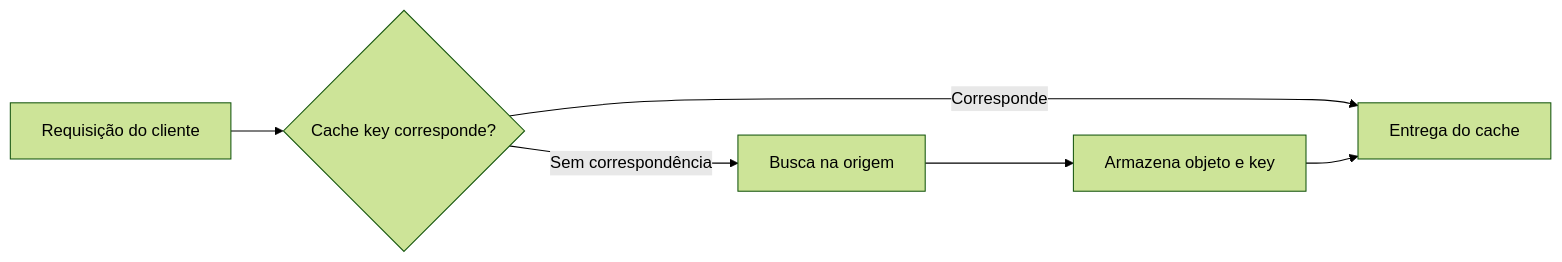
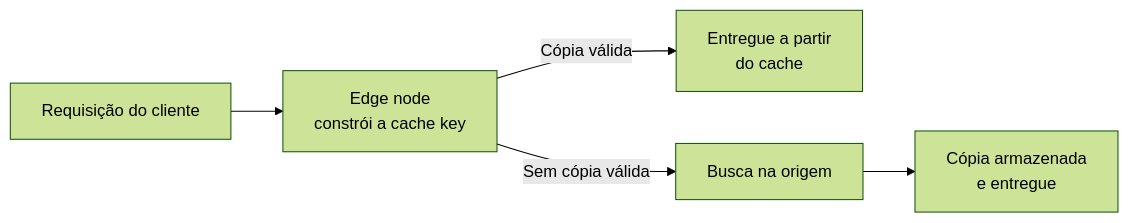
Before and after one commit to souzavinny/azion-docs: the first of 5 diagrams in src/content/docs/pt-br/pages/menu-principal/referencia/build/edge-application/cache-how-it-works.mdx, drawn with Mermaid (forest theme). The commit also changed other lines of this file and 18 other files, not shown here.

````diff
--- a/src/content/docs/pt-br/pages/menu-principal/referencia/build/edge-application/cache-how-it-works.mdx
+++ b/src/content/docs/pt-br/pages/menu-principal/referencia/build/edge-application/cache-how-it-works.mdx
@@ -22,8 +22,7 @@
 ```mermaid
 flowchart LR
-  A[Requisição do cliente] --> B{Cache key corresponde?}
-  B -- Corresponde --> C[Entrega do cache]
-  B -- Sem correspondência --> D[Busca na origem]
-  D --> E[Armazena objeto e key]
-  E --> C
+  A[Requisição do cliente] --> B[Edge node<br/>constrói a cache key]
+  B -->|Cópia válida| C[Entregue a partir<br/>do cache]
+  B -->|Sem cópia válida| D[Busca na origem]
+  D --> E[Cópia armazenada<br/>e entregue]
 ```
````
